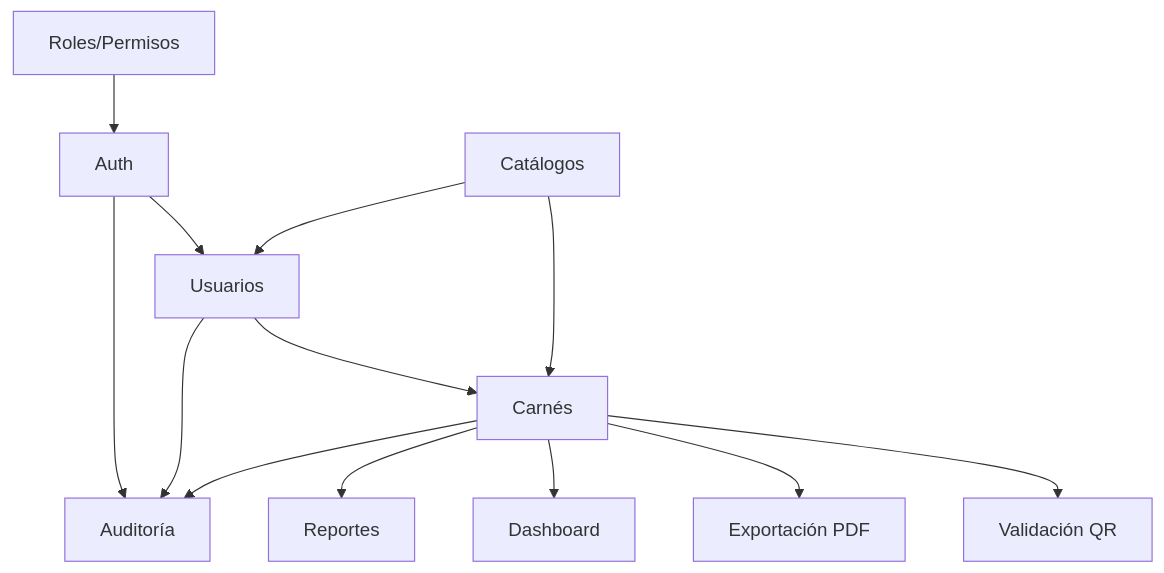
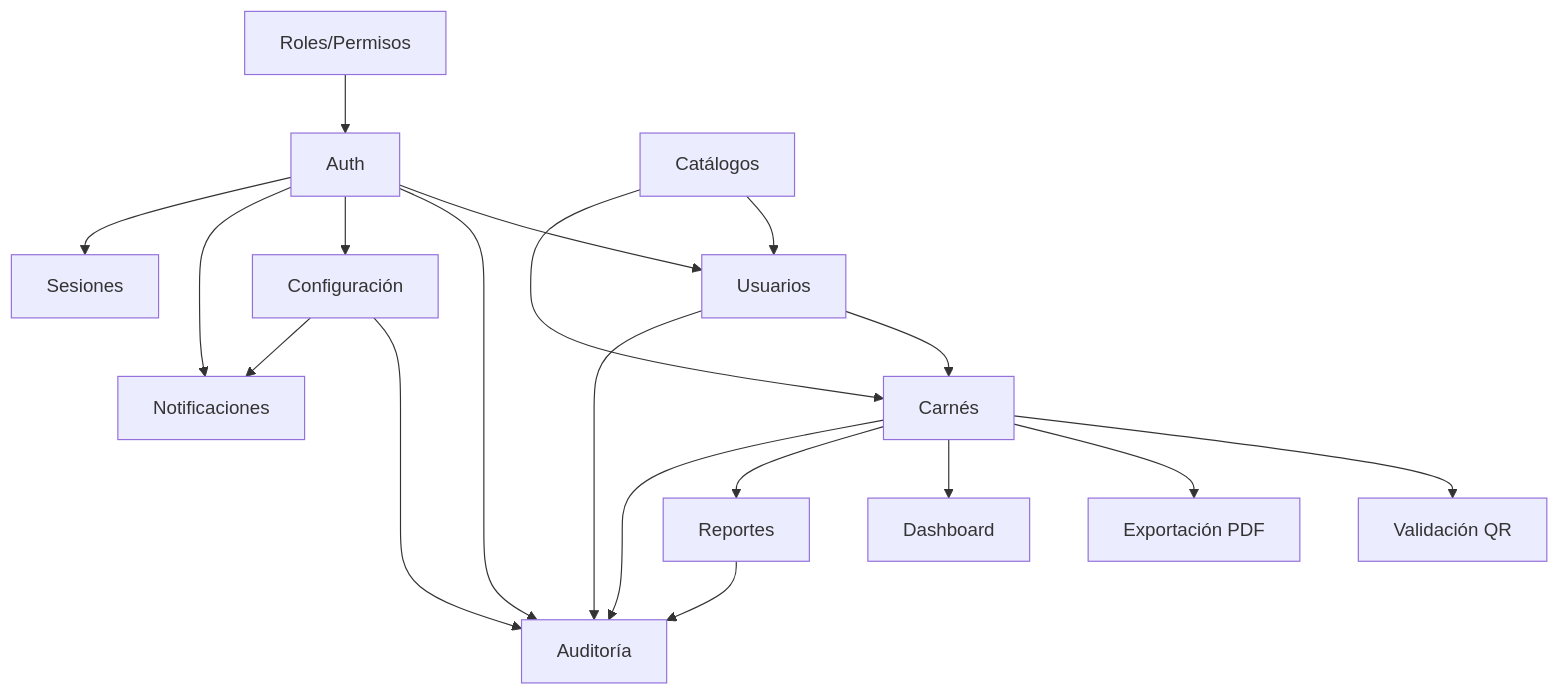
One commit to andres140/carnets changed the diagram in ARCHITECTURE.md. Above: the diagram before and after it, drawn with Mermaid. The commit also changed other lines of this file and 89 other files, not shown here.

````diff
--- a/ARCHITECTURE.md
+++ b/ARCHITECTURE.md
@@ -239,15 +244,21 @@
 ```mermaid
 flowchart TD
   Auth[Auth] --> Users[Usuarios]
   Users --> Carnets[Carnés]
   Carnets --> QR[Validación QR]
   Carnets --> PDF[Exportación PDF]
   Carnets --> Dashboard[Dashboard]
   Carnets --> Reportes[Reportes]
   Auth --> Auditoria[Auditoría]
+  Auth --> Config[Configuración]
+  Auth --> Notif[Notificaciones]
+  Auth --> Sesiones[Sesiones]
   Users --> Auditoria
   Carnets --> Auditoria
+  Reportes --> Auditoria
+  Config --> Auditoria
+  Config --> Notif
   Catalog[Catálogos] --> Users
   Catalog --> Carnets
   Roles[Roles/Permisos] --> Auth
 ```
````
